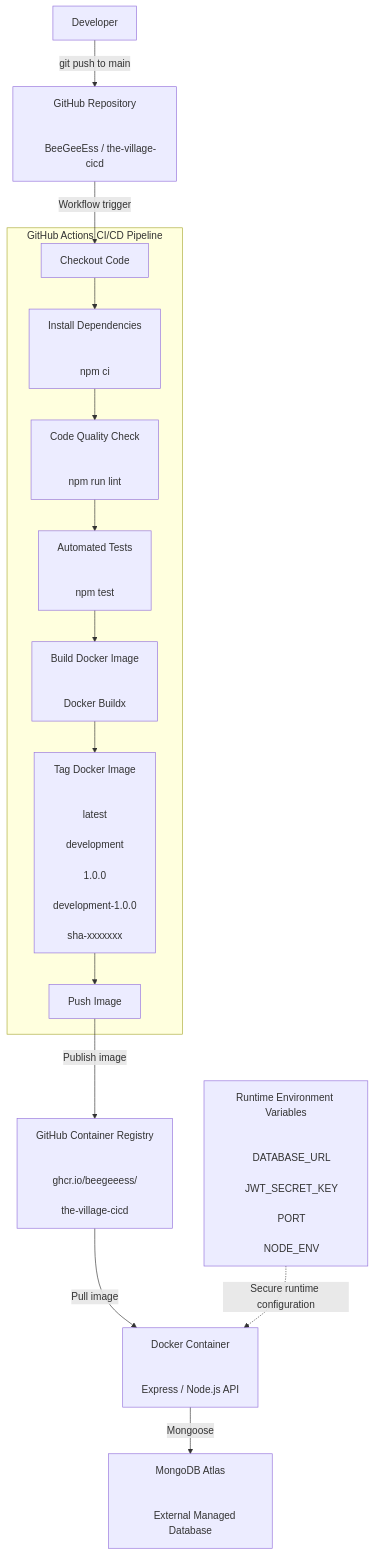
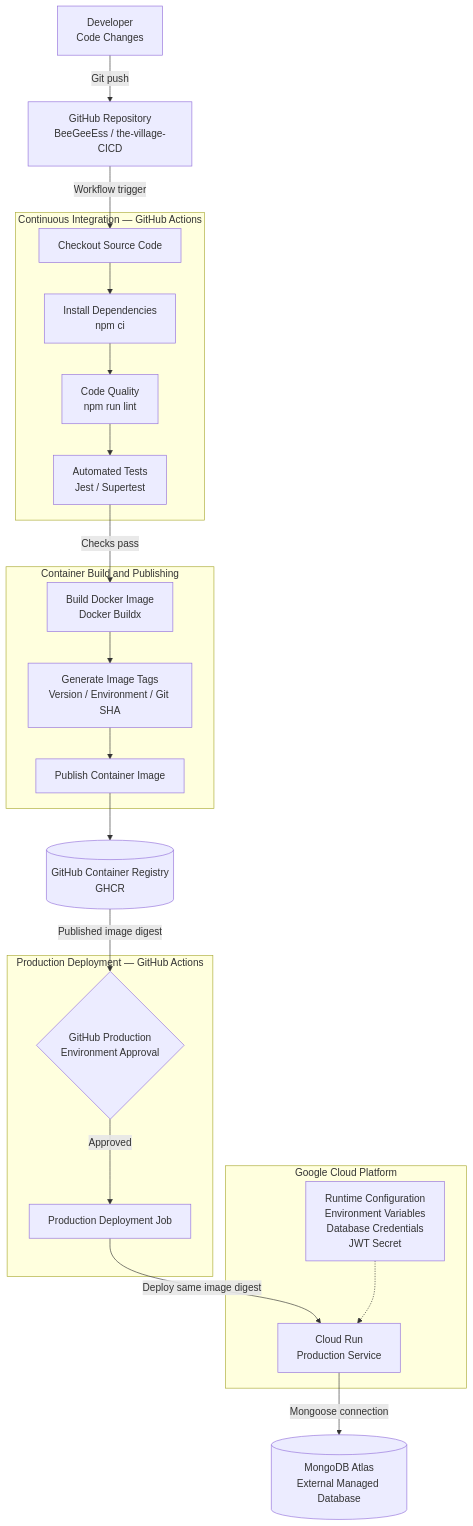
The third of 3 diagrams in application-architecture.md (BeeGeeEss/the-village-CICD), drawn with Mermaid before and after one commit. The commit also changed other lines of this file and 1 other file, not shown here.

Commit message:
DOCS: Update app architecture and diagrams

````diff
--- a/application-architecture.md
+++ b/application-architecture.md
@@ -337,86 +281,51 @@
 ```mermaid
 flowchart TB
 
-    %% DEVELOPER
+    DEV["Developer<br/>Code Changes"]
+    REPO["GitHub Repository<br/>BeeGeeEss / the-village-CICD"]
 
-    DEV["Developer"]
-
-    %% SOURCE CONTROL
-
-    REPO["GitHub Repository<br/><br/>
-    BeeGeeEss / the-village-cicd"]
-
-    %% CI/CD PIPELINE
-
-    subgraph ACTIONS["GitHub Actions CI/CD Pipeline"]
-
-        CHECKOUT["Checkout Code"]
-
-        INSTALL["Install Dependencies<br/><br/>
-        npm ci"]
-
-        LINT["Code Quality Check<br/><br/>
-        npm run lint"]
-
-        TEST["Automated Tests<br/><br/>
-        npm test"]
-
-        BUILD["Build Docker Image<br/><br/>
-        Docker Buildx"]
-
-        TAG["Tag Docker Image<br/><br/>
-        latest<br/>
-        development<br/>
-        1.0.0<br/>
-        development-1.0.0<br/>
-        sha-xxxxxxx"]
-
-        PUSH["Push Image"]
+    subgraph CI["Continuous Integration — GitHub Actions"]
+        CHECKOUT["Checkout Source Code"]
+        INSTALL["Install Dependencies<br/>npm ci"]
+        LINT["Code Quality<br/>npm run lint"]
+        TEST["Automated Tests<br/>Jest / Supertest"]
 
         CHECKOUT --> INSTALL
         INSTALL --> LINT
         LINT --> TEST
-        TEST --> BUILD
-        BUILD --> TAG
-        TAG --> PUSH
-
     end
 
-    %% CONTAINER REGISTRY
+    subgraph BUILD["Container Build and Publishing"]
+        DOCKER["Build Docker Image<br/>Docker Buildx"]
+        TAG["Generate Image Tags<br/>Version / Environment / Git SHA"]
+        PUSH["Publish Container Image"]
 
-    GHCR["GitHub Container Registry<br/><br/>
-    ghcr.io/beegeeess/<br/>
-    the-village-cicd"]
+        DOCKER --> TAG
+        TAG --> PUSH
+    end
 
-    %% RUNTIME
+    GHCR[("GitHub Container Registry<br/>GHCR")]
 
-    CONTAINER["Docker Container<br/><br/>
-    Express / Node.js API"]
+    subgraph DEPLOY["Production Deployment — GitHub Actions"]
+        APPROVAL{"GitHub Production<br/>Environment Approval"}
+        PROD["Production Deployment Job"]
 
-    %% RUNTIME CONFIGURATION
+        APPROVAL -->|"Approved"| PROD
+    end
 
-    SECRETS["Runtime Environment Variables<br/><br/>
-    DATABASE_URL<br/>
-    JWT_SECRET_KEY<br/>
-    PORT<br/>
-    NODE_ENV"]
+    subgraph CLOUD["Google Cloud Platform"]
+        RUN["Cloud Run<br/>Production Service"]
+        CONFIG["Runtime Configuration<br/>Environment Variables<br/>Database Credentials<br/>JWT Secret"]
+    end
 
-    %% DATABASE
+    DB[("MongoDB Atlas<br/>External Managed Database")]
 
-    DB["MongoDB Atlas<br/><br/>
-    External Managed Database"]
-
-    %% CONNECTIONS
-
-    DEV -->|"git push to main"| REPO
-
+    DEV -->|"Git push"| REPO
     REPO -->|"Workflow trigger"| CHECKOUT
-
-    PUSH -->|"Publish image"| GHCR
-
-    GHCR -->|"Pull image"| CONTAINER
-
-    SECRETS -.->|"Secure runtime configuration"| CONTAINER
-
-    CONTAINER -->|"Mongoose"| DB
+    TEST -->|"Checks pass"| DOCKER
+    PUSH --> GHCR
+    GHCR -->|"Published image digest"| APPROVAL
+    PROD -->|"Deploy same image digest"| RUN
+    CONFIG -.-> RUN
+    RUN -->|"Mongoose connection"| DB
 ```
````
